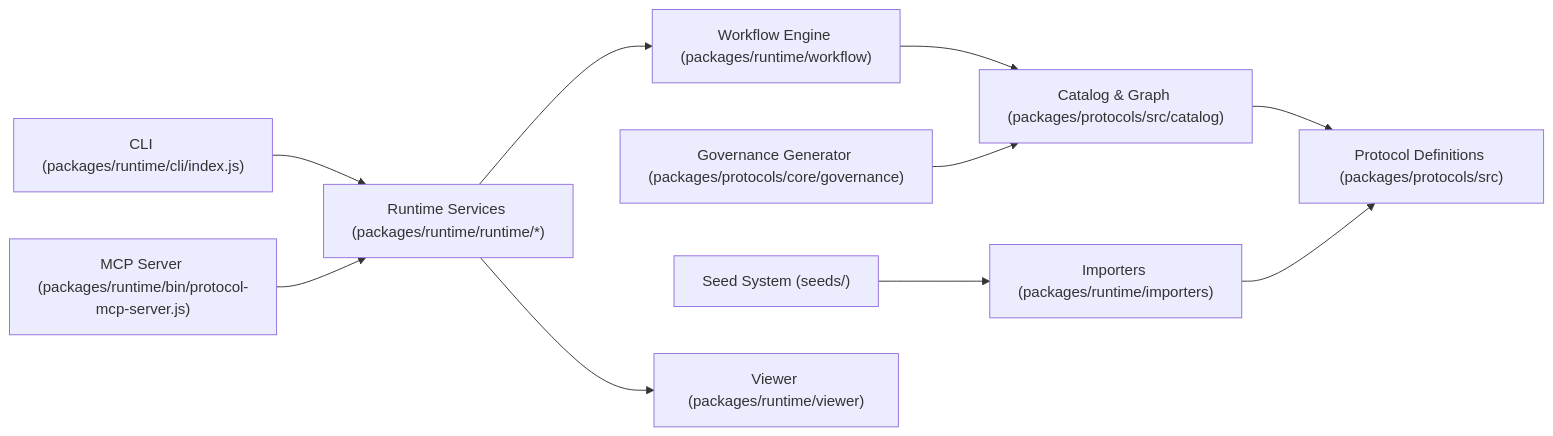
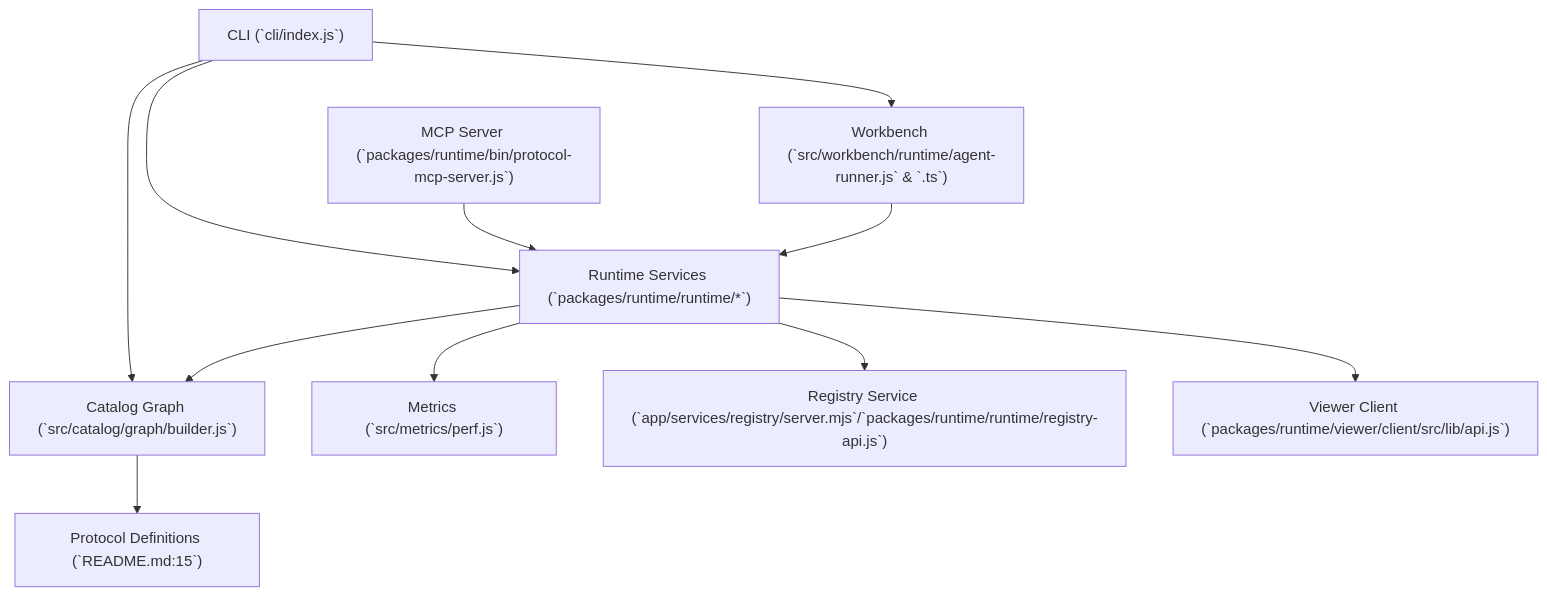
The diagram in reports/mission-20251015-153127-839.md (kneelinghorse/Semantext-Hub), drawn with Mermaid before and after one commit. The commit also changed other lines of this file and 1013 other files, not shown here.

````diff
--- a/reports/mission-20251015-153127-839.md
+++ b/reports/mission-20251015-153127-839.md
@@ -17,23 +16,23 @@
 ```mermaid
-graph LR
-  CLI["CLI (packages/runtime/cli/index.js)"]
-  MCP["MCP Server (packages/runtime/bin/protocol-mcp-server.js)"]
-  Runtime["Runtime Services (packages/runtime/runtime/*)"]
-  Workflow["Workflow Engine (packages/runtime/workflow)"]
-  Catalog["Catalog & Graph (packages/protocols/src/catalog)"]
-  Protocols["Protocol Definitions (packages/protocols/src)"]
-  Importers["Importers (packages/runtime/importers)"]
-  Seeds["Seed System (seeds/)"]
-  Governance["Governance Generator (packages/protocols/core/governance)"]
-  Viewer["Viewer (packages/runtime/viewer)"]
+graph TD
+  CLI["CLI (`cli/index.js`)"]
+  Runtime["Runtime Services (`packages/runtime/runtime/*`)"]
+  MCP["MCP Server (`packages/runtime/bin/protocol-mcp-server.js`)"]
+  Catalog["Catalog Graph (`src/catalog/graph/builder.js`)"]
+  Protocols["Protocol Definitions (`README.md:15`)"]
+  Workbench["Workbench (`src/workbench/runtime/agent-runner.js` & `.ts`)"]
+  Observability["Metrics (`src/metrics/perf.js`)"]
+  Registry["Registry Service (`app/services/registry/server.mjs`/`packages/runtime/runtime/registry-api.js`)"]
+  Viewer["Viewer Client (`packages/runtime/viewer/client/src/lib/api.js`)"]
 
   CLI --> Runtime
+  CLI --> Workbench
+  CLI --> Catalog
   MCP --> Runtime
-  Runtime --> Workflow
-  Workflow --> Catalog
+  Runtime --> Catalog
   Catalog --> Protocols
-  Importers --> Protocols
-  Seeds --> Importers
-  Governance --> Catalog
+  Runtime --> Observability
+  Runtime --> Registry
   Runtime --> Viewer
+  Workbench --> Runtime
 ```
````
